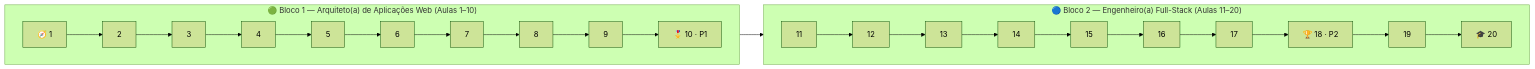
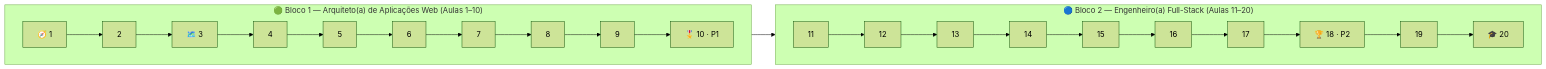
Before and after one commit to GTI-Fatec-Jahu/PI-GTI-2026-2: the diagram in docs/index.md, drawn with Mermaid (forest theme). The commit also changed other lines of this file and 4 other files, not shown here.

````diff
--- a/docs/index.md
+++ b/docs/index.md
@@ -65,12 +65,12 @@
 ```mermaid
 flowchart LR
     subgraph B1["🟢 Bloco 1 — Arquiteto(a) de Aplicações Web (Aulas 1–10)"]
         direction LR
-        A1["🧭 1"] --> A2["2"] --> A3["3"] --> A4["4"] --> A5["5"] --> A6["6"] --> A7["7"] --> A8["8"] --> A9["9"] --> A10["🎖️ 10 · P1"]
+        A1["🧭 1"] --> A2["2"] --> A3["🗺️ 3"] --> A4["4"] --> A5["5"] --> A6["6"] --> A7["7"] --> A8["8"] --> A9["9"] --> A10["🎖️ 10 · P1"]
     end
     subgraph B2["🔵 Bloco 2 — Engenheiro(a) Full-Stack (Aulas 11–20)"]
         direction LR
         A11["11"] --> A12["12"] --> A13["13"] --> A14["14"] --> A15["15"] --> A16["16"] --> A17["17"] --> A18["🏆 18 · P2"] --> A19["19"] --> A20["🎓 20"]
     end
     B1 --> B2
 ```
````
